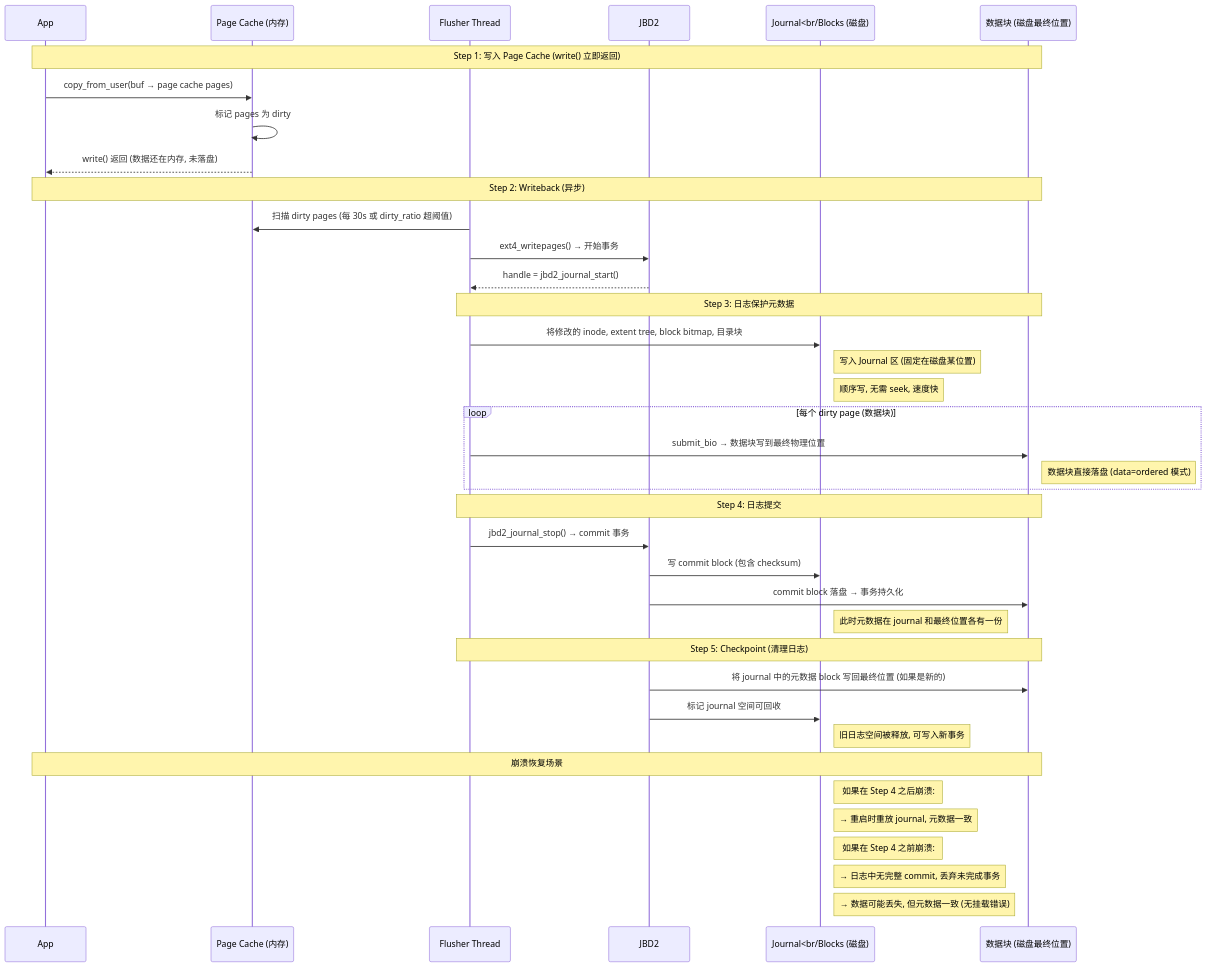
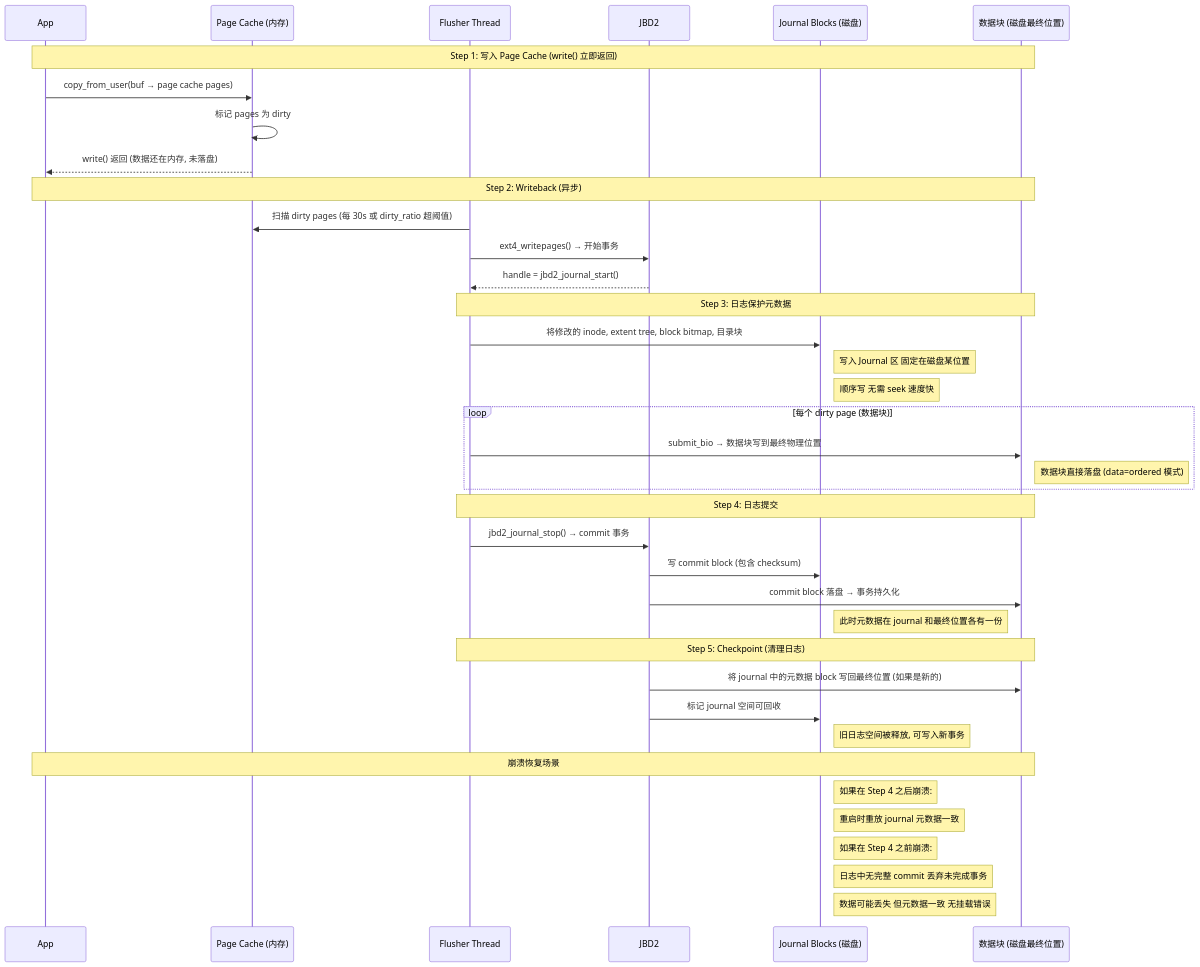
The fifth of 5 diagrams in Storage/ext4/ext4写入文件分析.md (carlvinhust2012/MyStudy), drawn with Mermaid before and after one commit. The commit also changed other lines of this file, not shown here.

````diff
--- a/Storage/ext4/ext4写入文件分析.md
+++ b/Storage/ext4/ext4写入文件分析.md
@@ -454,53 +457,53 @@
 ```mermaid
 sequenceDiagram
     participant App as App
     participant PC as Page Cache (内存)
     participant FL as Flusher Thread
     participant JBD2 as JBD2
-    participant JLog as Journal<br/Blocks (磁盘)
+    participant JLog as Journal Blocks (磁盘)
     participant Disk as 数据块 (磁盘最终位置)
 
     Note over App,Disk: Step 1: 写入 Page Cache (write() 立即返回)
 
     App->>PC: copy_from_user(buf → page cache pages)
     PC->>PC: 标记 pages 为 dirty
     PC-->>App: write() 返回 (数据还在内存, 未落盘)
 
     Note over App,Disk: Step 2: Writeback (异步)
 
     FL->>PC: 扫描 dirty pages (每 30s 或 dirty_ratio 超阈值)
     FL->>JBD2: ext4_writepages() → 开始事务
     JBD2-->>FL: handle = jbd2_journal_start()
 
     Note over FL,Disk: Step 3: 日志保护元数据
 
     FL->>JLog: 将修改的 inode, extent tree, block bitmap, 目录块
-    Note right of JLog: 写入 Journal 区 (固定在磁盘某位置)
-    Note right of JLog: 顺序写, 无需 seek, 速度快
+    Note right of JLog: 写入 Journal 区 固定在磁盘某位置
+    Note right of JLog: 顺序写 无需 seek 速度快
 
     loop 每个 dirty page (数据块)
         FL->>Disk: submit_bio → 数据块写到最终物理位置
         Note right of Disk: 数据块直接落盘 (data=ordered 模式)
     end
 
     Note over FL,Disk: Step 4: 日志提交
 
     FL->>JBD2: jbd2_journal_stop() → commit 事务
     JBD2->>JLog: 写 commit block (包含 checksum)
     JBD2->>Disk: commit block 落盘 → 事务持久化
     Note right of JLog: 此时元数据在 journal 和最终位置各有一份
 
     Note over FL,Disk: Step 5: Checkpoint (清理日志)
 
     JBD2->>Disk: 将 journal 中的元数据 block 写回最终位置 (如果是新的)
     JBD2->>JLog: 标记 journal 空间可回收
     Note right of JLog: 旧日志空间被释放, 可写入新事务
 
     Note over App,Disk: 崩溃恢复场景
 
     Note right of JLog: 如果在 Step 4 之后崩溃:
-    Note right of JLog: → 重启时重放 journal, 元数据一致
+    Note right of JLog: 重启时重放 journal 元数据一致
     Note right of JLog: 如果在 Step 4 之前崩溃:
-    Note right of JLog: → 日志中无完整 commit, 丢弃未完成事务
-    Note right of JLog: → 数据可能丢失, 但元数据一致 (无挂载错误)
+    Note right of JLog: 日志中无完整 commit 丢弃未完成事务
+    Note right of JLog: 数据可能丢失 但元数据一致 无挂载错误
 ```
````
